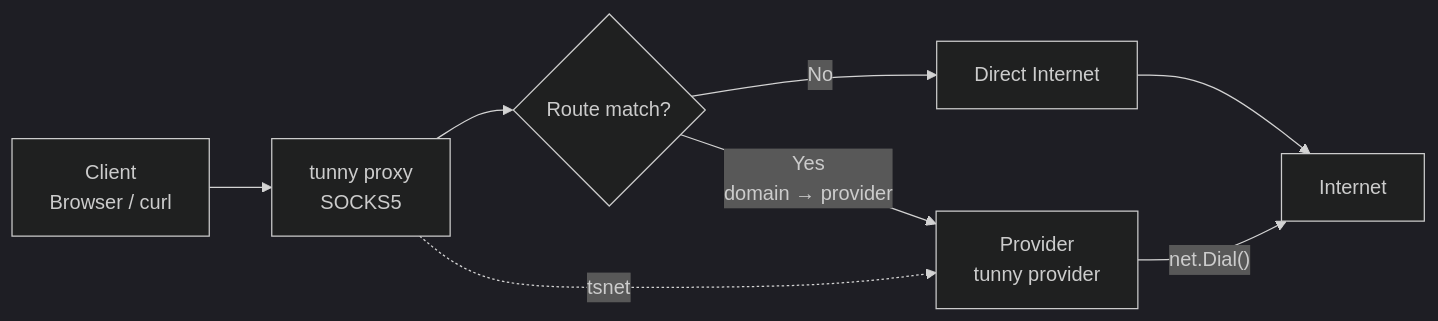
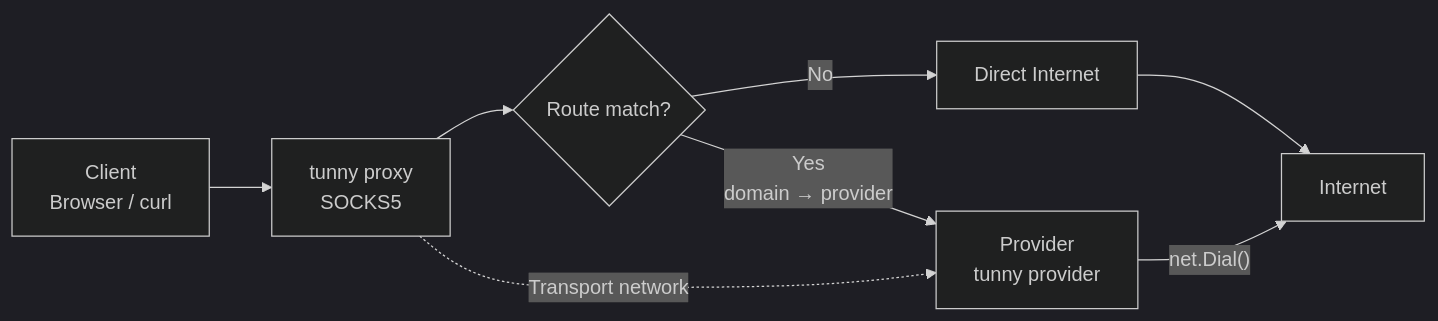
The second of 4 diagrams in README.md (Aldiwildan77/tunny), drawn with Mermaid (dark theme) before and after one commit. The commit also changed other lines of this file, not shown here.

Commit message:
docs: update network topology example about the tunny nodes

````diff
--- a/README.md
+++ b/README.md
@@ -152,20 +152,20 @@
 ```mermaid
 flowchart LR
     Client["Client<br/>Browser / curl"]
     Proxy["tunny proxy<br/>SOCKS5"]
     Route{"Route match?"}
     Direct["Direct Internet"]
     Provider["Provider<br/>tunny provider"]
     Internet["Internet"]
 
     Client --> Proxy
     Proxy --> Route
 
     Route -->|"No"| Direct
     Direct --> Internet
 
     Route -->|"Yes<br/>domain → provider"| Provider
     Provider -->|"net.Dial()"| Internet
 
-    Proxy -. "tsnet" .-> Provider
+    Proxy -. "Transport network" .-> Provider
 ```
````
